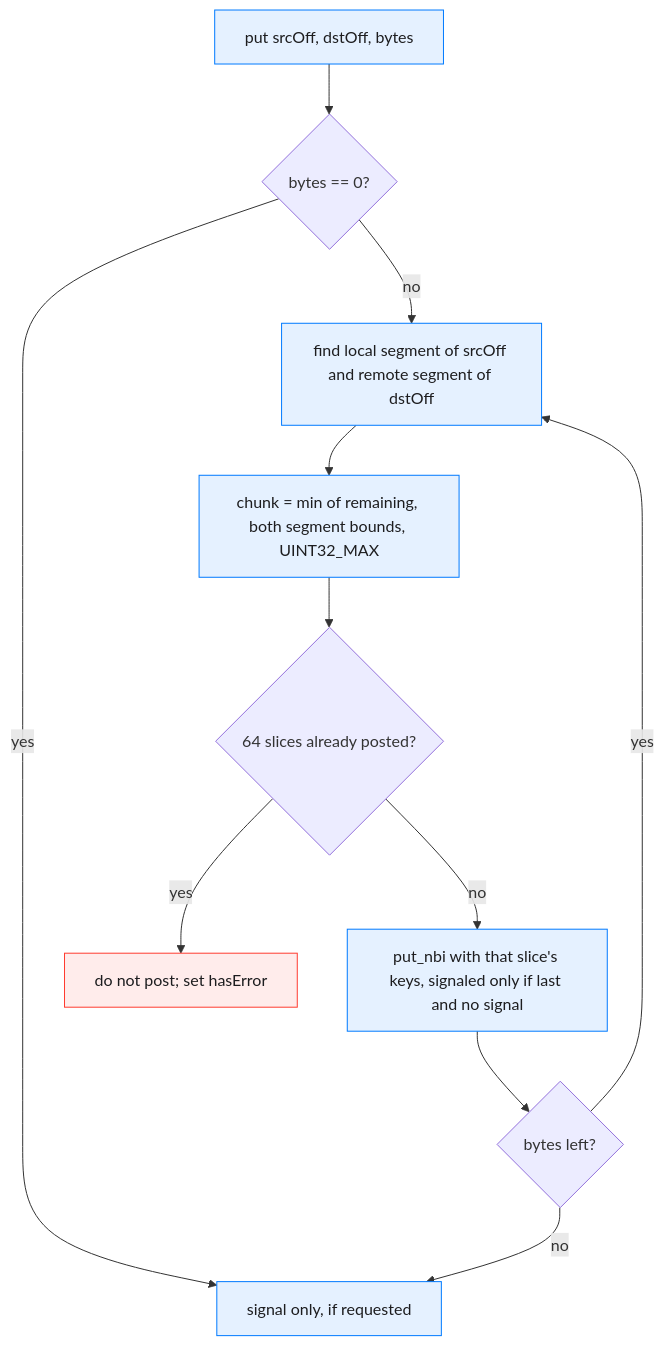
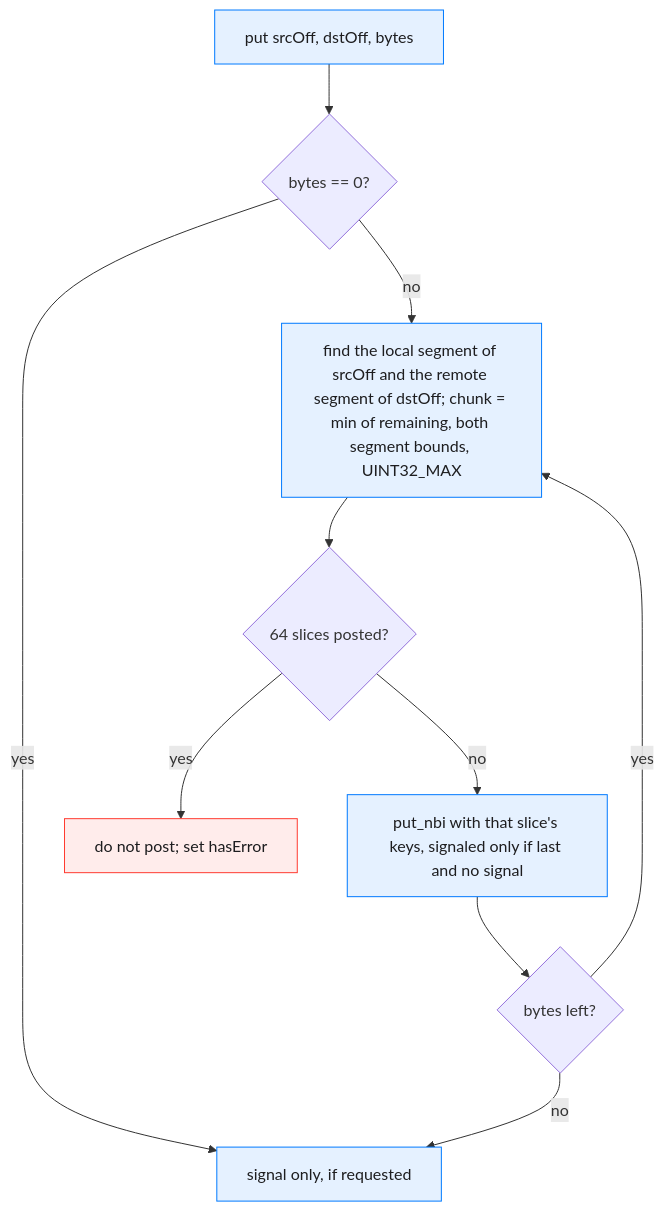
The second of 3 diagrams in projects/rccl/docs/design/multi_segment_gin_rocshmem_gda_and_anvil_sdma.md (ROCm/rocm-systems), drawn with Mermaid before and after one commit. The commit also changed other lines of this file and 18 other files, not shown here.

First line of the commit message:
docs: add new design diagrams and an AMD-style book build

````diff
--- a/projects/rccl/docs/design/multi_segment_gin_rocshmem_gda_and_anvil_sdma.md
+++ b/projects/rccl/docs/design/multi_segment_gin_rocshmem_gda_and_anvil_sdma.md
@@ -104,17 +105,17 @@
 ```mermaid
+%% caption: Proposed GDA device put loop over segment slices
 flowchart TD
  p["put srcOff, dstOff, bytes"] --> z{"bytes == 0?"}
  z -->|yes| sig["signal only, if requested"]
- z -->|no| l["find local segment of srcOff and remote segment of dstOff"]
- l --> c["chunk = min of remaining, both segment bounds, UINT32_MAX"]
- c --> w{"64 slices already posted?"}
+ z -->|no| l["find the local segment of srcOff and the remote segment of dstOff; chunk = min of remaining, both segment bounds, UINT32_MAX"]
+ l --> w{"64 slices posted?"}
  w -->|yes| r["do not post; set hasError"]
  w -->|no| n["put_nbi with that slice's keys, signaled only if last and no signal"]
  n --> a{"bytes left?"}
  a -->|yes| l
  a -->|no| sig
  classDef gin fill:#e5f1ff,stroke:#007aff,color:#1d1d1f
  classDef failpath fill:#ffeceb,stroke:#ff3b30,color:#1d1d1f
- class p,sig,l,c,n gin
+ class p,sig,l,n gin
  class r failpath
 ```
````
